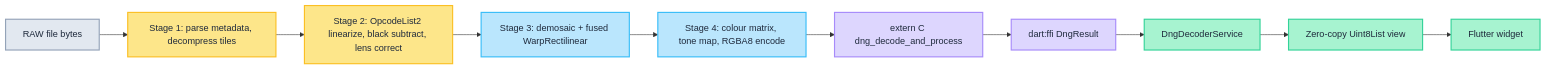
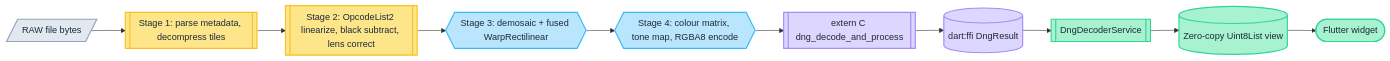
The first of 3 diagrams in README.md (jhangyu/ceyx), drawn with Mermaid before and after one commit. The commit also changed other lines of this file, not shown here.

First line of the commit message:
docs(readme): give mermaid nodes semantic shapes

````diff
--- a/README.md
+++ b/README.md
@@ -186,24 +186,24 @@
 ```mermaid
 flowchart LR
-    A["RAW file bytes"] --> B["Stage 1: parse metadata, decompress tiles"]
-    B --> C["Stage 2: OpcodeList2 linearize, black subtract, lens correct"]
-    C --> D["Stage 3: demosaic + fused WarpRectilinear"]
-    D --> E["Stage 4: colour matrix, tone map, RGBA8 encode"]
-    E --> F["extern C dng_decode_and_process"]
-    F --> G["dart:ffi DngResult"]
-    G --> H["DngDecoderService"]
-    H --> I["Zero-copy Uint8List view"]
-    I --> J["Flutter widget"]
+    A[/"RAW file bytes"/] --> B[["Stage 1: parse metadata, decompress tiles"]]
+    B --> C[["Stage 2: OpcodeList2 linearize, black subtract, lens correct"]]
+    C --> D{{"Stage 3: demosaic + fused WarpRectilinear"}}
+    D --> E{{"Stage 4: colour matrix, tone map, RGBA8 encode"}}
+    E --> F[["extern C dng_decode_and_process"]]
+    F --> G[("dart:ffi DngResult")]
+    G --> H[["DngDecoderService"]]
+    H --> I[("Zero-copy Uint8List view")]
+    I --> J(["Flutter widget"])
 
     classDef input fill:#e2e8f0,stroke:#94a3b8,stroke-width:2px,color:#1e293b
     classDef cpu fill:#fde68a,stroke:#fbbf24,stroke-width:2px,color:#1e293b
     classDef gpu fill:#bae6fd,stroke:#38bdf8,stroke-width:2px,color:#1e293b
     classDef ffi fill:#ddd6fe,stroke:#a78bfa,stroke-width:2px,color:#1e293b
     classDef dart fill:#a7f3d0,stroke:#34d399,stroke-width:2px,color:#1e293b
 
     class A input
     class B,C cpu
     class D,E gpu
     class F,G ffi
     class H,I,J dart
 ```
````
